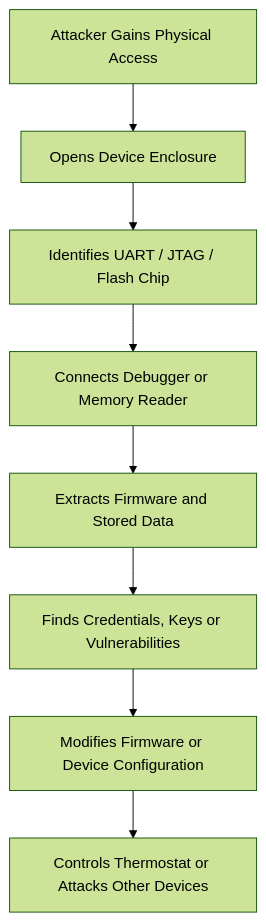
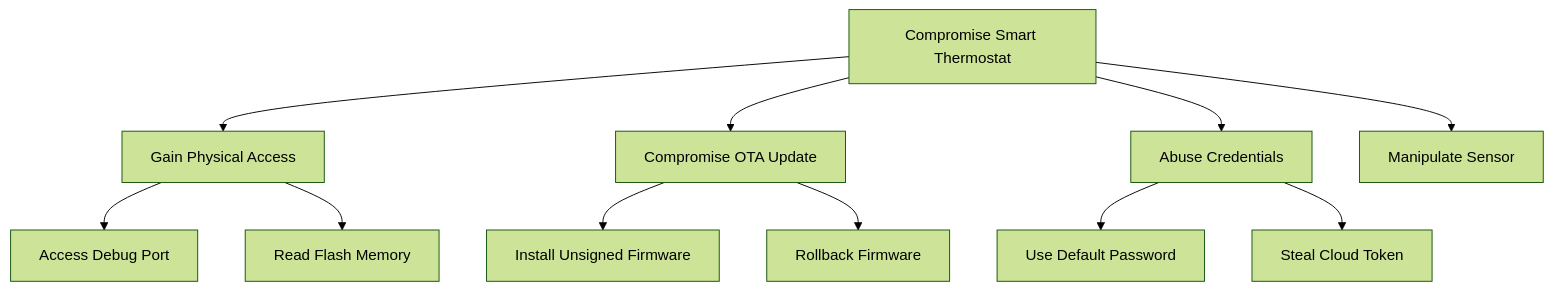
One commit to busitech-ir-lux/dlh-cyber_security changed the fourth of 4 diagrams in threat-modeling-fundamentals/2-iot-smart-thermostat.md. Above: the diagram before and after it, drawn with Mermaid (forest theme). The commit also changed other lines of this file, not shown here.

Commit message:
Threat Modeling Fundamentals - Task 2: IoT Smart Thermostat - update

````diff
--- a/threat-modeling-fundamentals/2-iot-smart-thermostat.md
+++ b/threat-modeling-fundamentals/2-iot-smart-thermostat.md
@@ -288,19 +447,22 @@
 ```mermaid
 flowchart TD
-    A[Attacker Gains Physical Access]
-    B[Opens Device Enclosure]
-    C[Identifies UART / JTAG / Flash Chip]
-    D[Connects Debugger or Memory Reader]
-    E[Extracts Firmware and Stored Data]
-    F[Finds Credentials, Keys or Vulnerabilities]
-    G[Modifies Firmware or Device Configuration]
-    H[Controls Thermostat or Attacks Other Devices]
+    A[Compromise Smart Thermostat]
+    B[Gain Physical Access]
+    C[Compromise OTA Update]
+    D[Abuse Credentials]
+    E[Manipulate Sensor]
 
     A --> B
-    B --> C
-    C --> D
-    D --> E
-    E --> F
-    F --> G
-    G --> H
+    A --> C
+    A --> D
+    A --> E
+
+    B --> F[Access Debug Port]
+    B --> G[Read Flash Memory]
+
+    C --> H[Install Unsigned Firmware]
+    C --> I[Rollback Firmware]
+
+    D --> J[Use Default Password]
+    D --> K[Steal Cloud Token]
 ```
````
